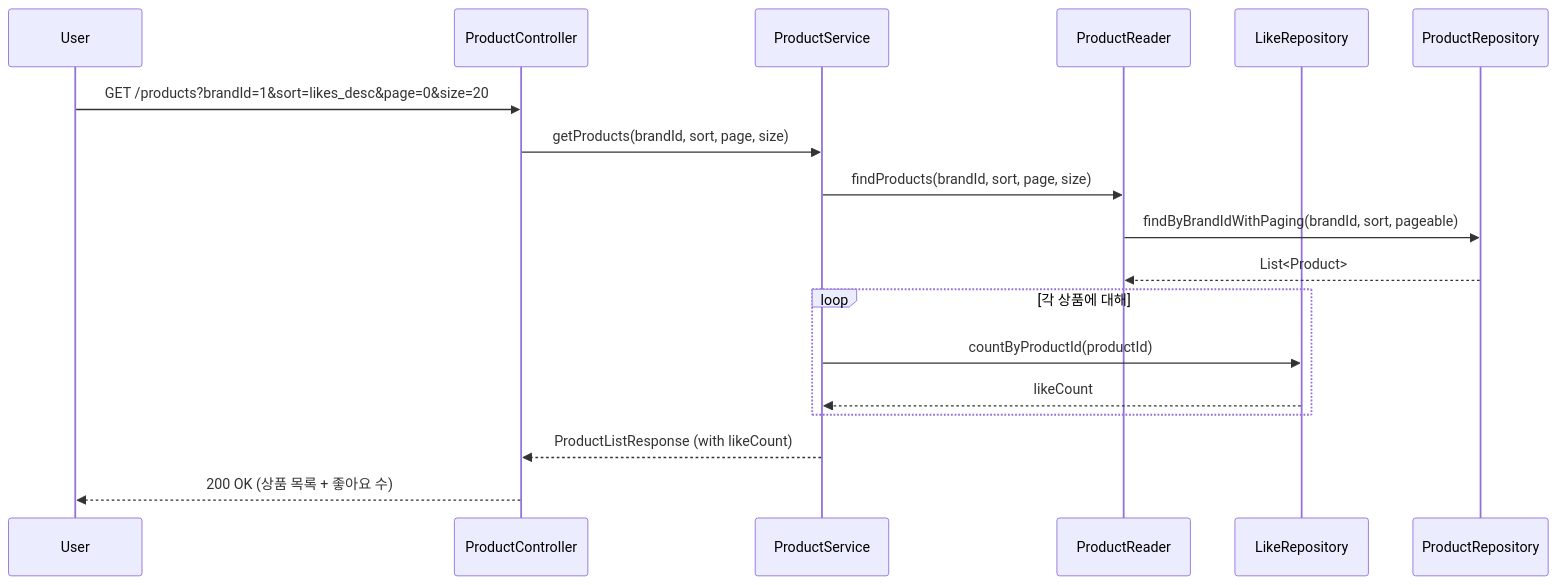
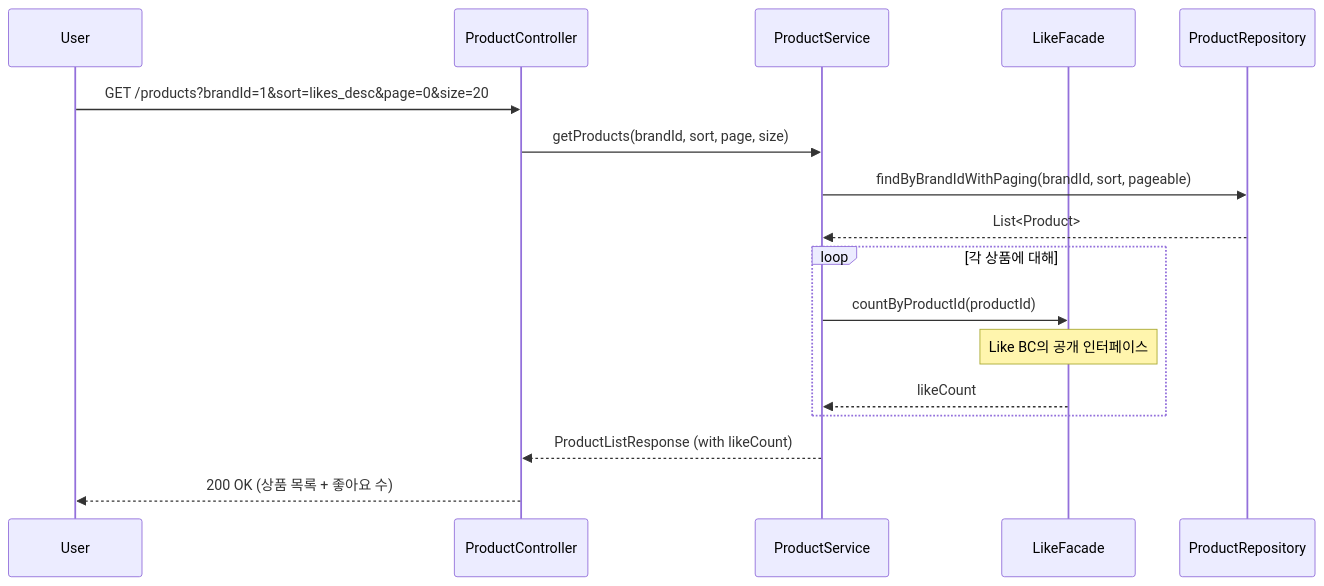
One commit to Loopers-dev-lab/loopers-spring-kotlin-template changed the first of 5 diagrams in .docs/design/02-sequence-diagrams.md. Above: the diagram before and after it, drawn with Mermaid. The commit also changed other lines of this file and 1 other file, not shown here.

Commit message:
refactor: Facade 인터페이스로 Bounded Context 간 경계를 분명하게 나누도록 함

````diff
--- a/.docs/design/02-sequence-diagrams.md
+++ b/.docs/design/02-sequence-diagrams.md
@@ -16,24 +16,23 @@
 ```mermaid
 sequenceDiagram
     participant User
     participant ProductController
     participant ProductService
-    participant ProductReader
-    participant LikeRepository
+    participant LikeFacade
     participant ProductRepository
 
     User->>ProductController: GET /products?brandId=1&sort=likes_desc&page=0&size=20
     ProductController->>ProductService: getProducts(brandId, sort, page, size)
 
-    ProductService->>ProductReader: findProducts(brandId, sort, page, size)
-    ProductReader->>ProductRepository: findByBrandIdWithPaging(brandId, sort, pageable)
-    ProductRepository-->>ProductReader: List<Product>
+    ProductService->>ProductRepository: findByBrandIdWithPaging(brandId, sort, pageable)
+    ProductRepository-->>ProductService: List<Product>
 
     loop 각 상품에 대해
-        ProductService->>LikeRepository: countByProductId(productId)
-        LikeRepository-->>ProductService: likeCount
+        ProductService->>LikeFacade: countByProductId(productId)
+        Note over LikeFacade: Like BC의 공개 인터페이스
+        LikeFacade-->>ProductService: likeCount
     end
 
     ProductService-->>ProductController: ProductListResponse (with likeCount)
     ProductController-->>User: 200 OK (상품 목록 + 좋아요 수)
 ```
````
